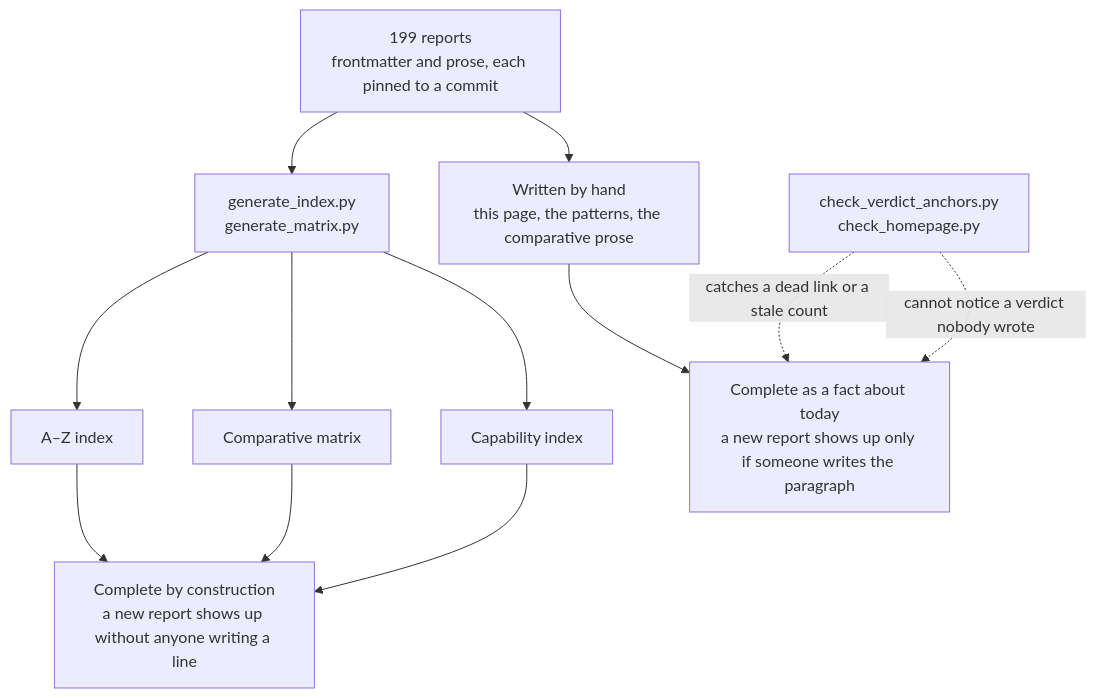
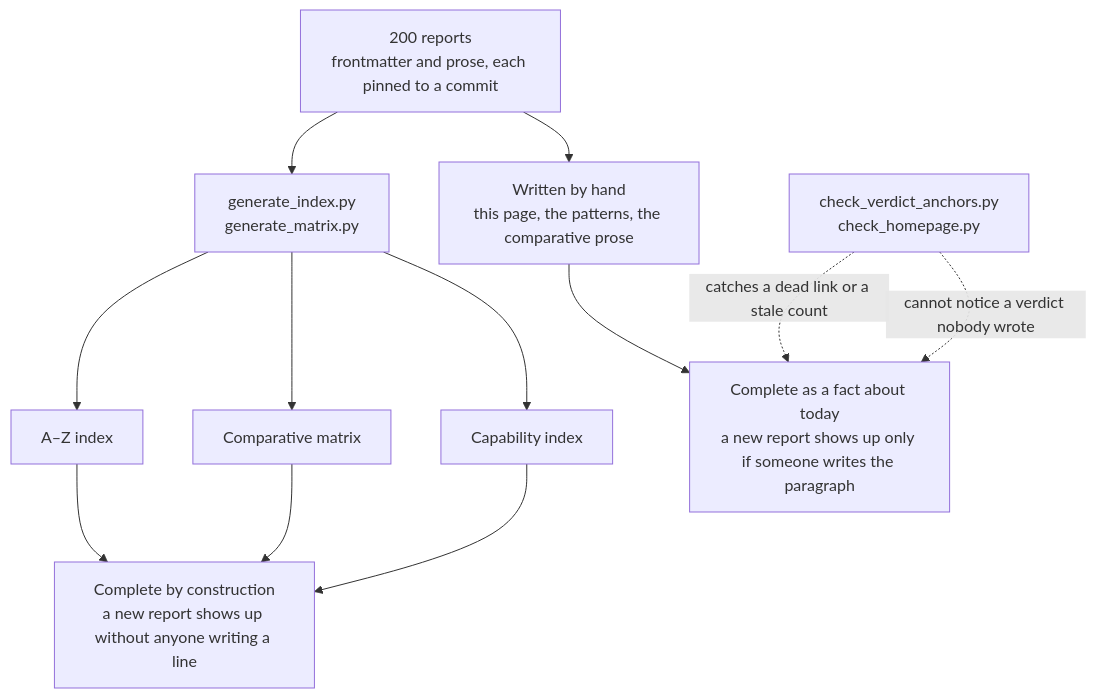
One commit to neoneye/agent-memory-atlas changed the diagram in content/verdicts.md. Above: the diagram before and after it, drawn with Mermaid. The commit also changed other lines of this file and 218 other files, not shown here.

````diff
--- a/content/verdicts.md
+++ b/content/verdicts.md
@@ -40,15 +40,15 @@
 ```mermaid
 flowchart TD
-    R["199 reports<br/>frontmatter and prose, each pinned to a commit"]
+    R["200 reports<br/>frontmatter and prose, each pinned to a commit"]
     R --> GEN["generate_index.py<br/>generate_matrix.py"]
     R --> HAND["Written by hand<br/>this page, the patterns, the comparative prose"]
     GEN --> AZ["A–Z index"]
     GEN --> MX["Comparative matrix"]
     GEN --> CI["Capability index"]
     AZ --> CONST["Complete by construction<br/>a new report shows up without anyone writing a line"]
     MX --> CONST
     CI --> CONST
     HAND --> TODAY["Complete as a fact about today<br/>a new report shows up only if someone writes the paragraph"]
     CHK["check_verdict_anchors.py<br/>check_homepage.py"] -.->|"catches a dead link or a stale count"| TODAY
     CHK -.->|"cannot notice a verdict nobody wrote"| TODAY
 ```
````
